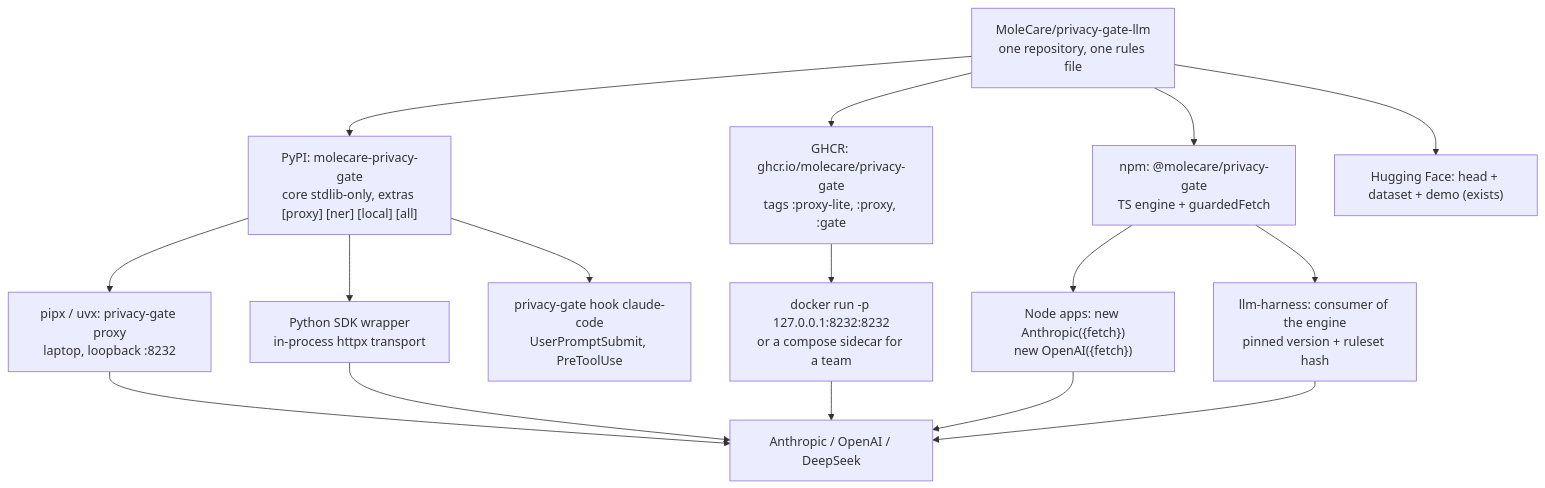
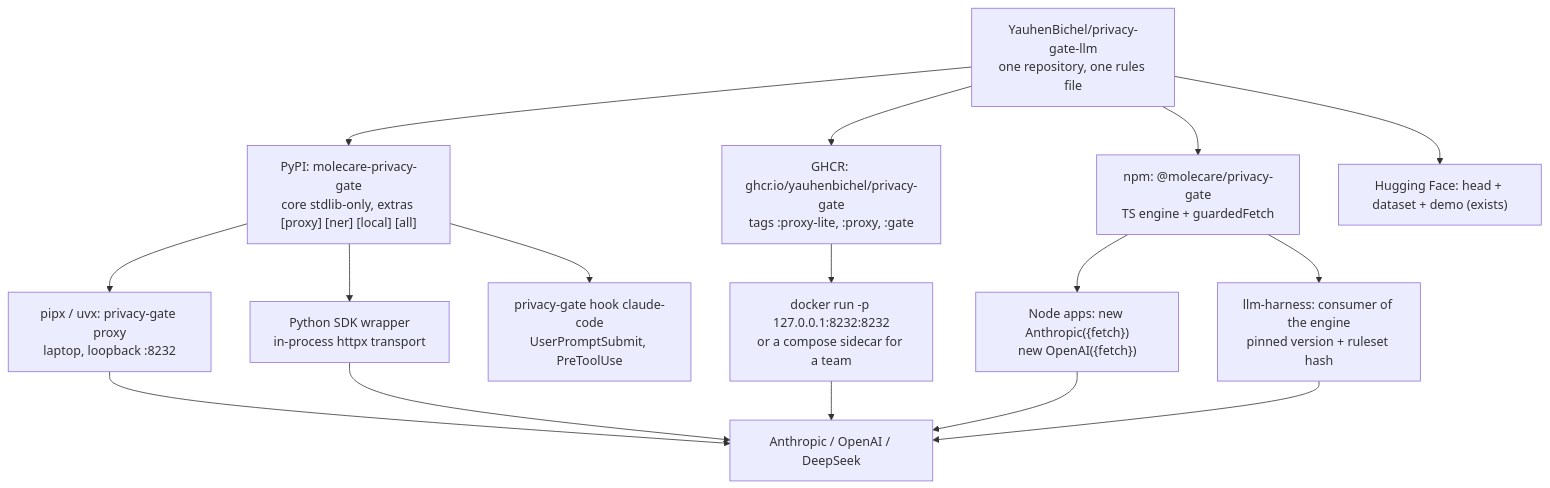
One commit to MoleCare/privacy-gate-llm changed the second of 4 diagrams in docs/design/DESIGN-2026-11-20-privacy-guard.md. Above: the diagram before and after it, drawn with Mermaid. The commit also changed other lines of this file and 17 other files, not shown here.

First line of the commit message:
chore: move to YauhenBichel/privacy-gate-llm, release 1.0.1

````diff
--- a/docs/design/DESIGN-2026-11-20-privacy-guard.md
+++ b/docs/design/DESIGN-2026-11-20-privacy-guard.md
@@ -193,19 +193,19 @@
 ```mermaid
 flowchart TB
-  SRC["MoleCare/privacy-gate-llm<br/>one repository, one rules file"]
+  SRC["YauhenBichel/privacy-gate-llm<br/>one repository, one rules file"]
   SRC --> PYPI["PyPI: molecare-privacy-gate<br/>core stdlib-only, extras [proxy] [ner] [local] [all]"]
   SRC --> NPM["npm: @molecare/privacy-gate<br/>TS engine + guardedFetch"]
-  SRC --> GHCR["GHCR: ghcr.io/molecare/privacy-gate<br/>tags :proxy-lite, :proxy, :gate"]
+  SRC --> GHCR["GHCR: ghcr.io/yauhenbichel/privacy-gate<br/>tags :proxy-lite, :proxy, :gate"]
   SRC --> HF["Hugging Face: head + dataset + demo (exists)"]
   PYPI --> D1["pipx / uvx: privacy-gate proxy<br/>laptop, loopback :8232"]
   PYPI --> D2["Python SDK wrapper<br/>in-process httpx transport"]
   PYPI --> D3["privacy-gate hook claude-code<br/>UserPromptSubmit, PreToolUse"]
   GHCR --> D4["docker run -p 127.0.0.1:8232:8232<br/>or a compose sidecar for a team"]
   NPM --> D5["Node apps: new Anthropic({fetch})<br/>new OpenAI({fetch})"]
   NPM --> D6["llm-harness: consumer of the engine<br/>pinned version + ruleset hash"]
   D1 --> P["Anthropic / OpenAI / DeepSeek"]
   D2 --> P
   D4 --> P
   D5 --> P
   D6 --> P
 ```
````
